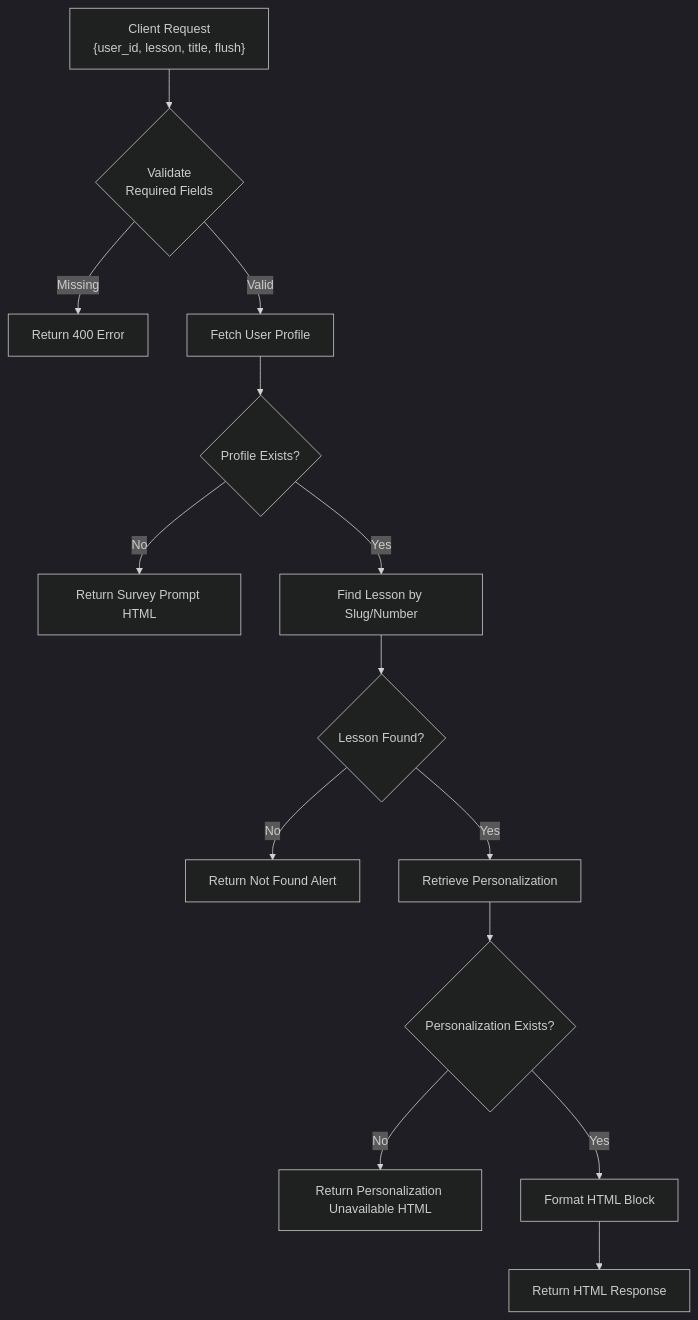
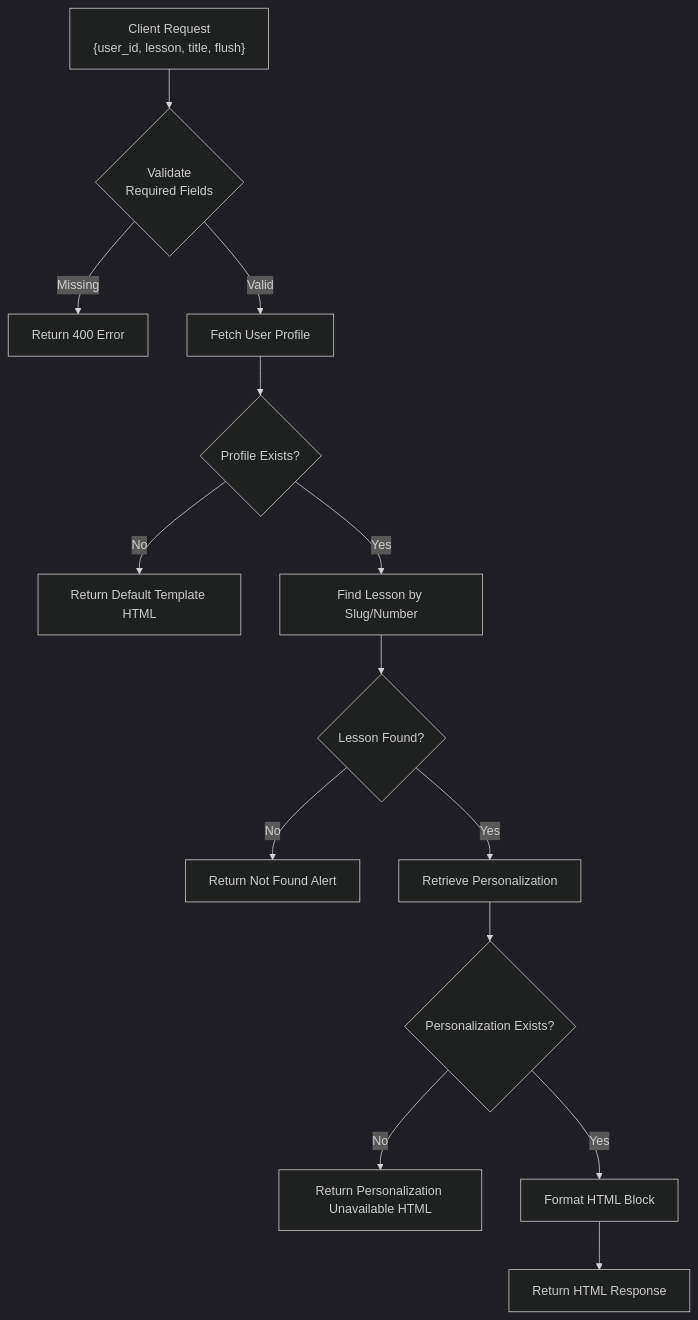
Before and after one commit to lommaks777/pesonalisev2: the first of 5 diagrams in .qoder/repowiki/en/content/API Reference/POST _api_persona_block.md, drawn with Mermaid (dark theme). The commit also changed other lines of this file and 16 other files, not shown here.

First line of the commit message:
feat(api): add CORS support and default template fallback for persona endpoints

````diff
--- a/.qoder/repowiki/en/content/API Reference/POST _api_persona_block.md
+++ b/.qoder/repowiki/en/content/API Reference/POST _api_persona_block.md
@@ -39,16 +50,16 @@
 ```mermaid
 flowchart TD
 A["Client Request\n{user_id, lesson, title, flush}"] --> B{Validate\nRequired Fields}
 B --> |Missing| C[Return 400 Error]
 B --> |Valid| D[Fetch User Profile]
 D --> E{Profile Exists?}
-E --> |No| F[Return Survey Prompt HTML]
+E --> |No| F[Return Default Template HTML]
 E --> |Yes| G[Find Lesson by Slug/Number]
 G --> H{Lesson Found?}
 H --> |No| I[Return Not Found Alert]
 H --> |Yes| J[Retrieve Personalization]
 J --> K{Personalization Exists?}
 K --> |No| L[Return Personalization Unavailable HTML]
 K --> |Yes| M[Format HTML Block]
 M --> N[Return HTML Response]
 ```
````
